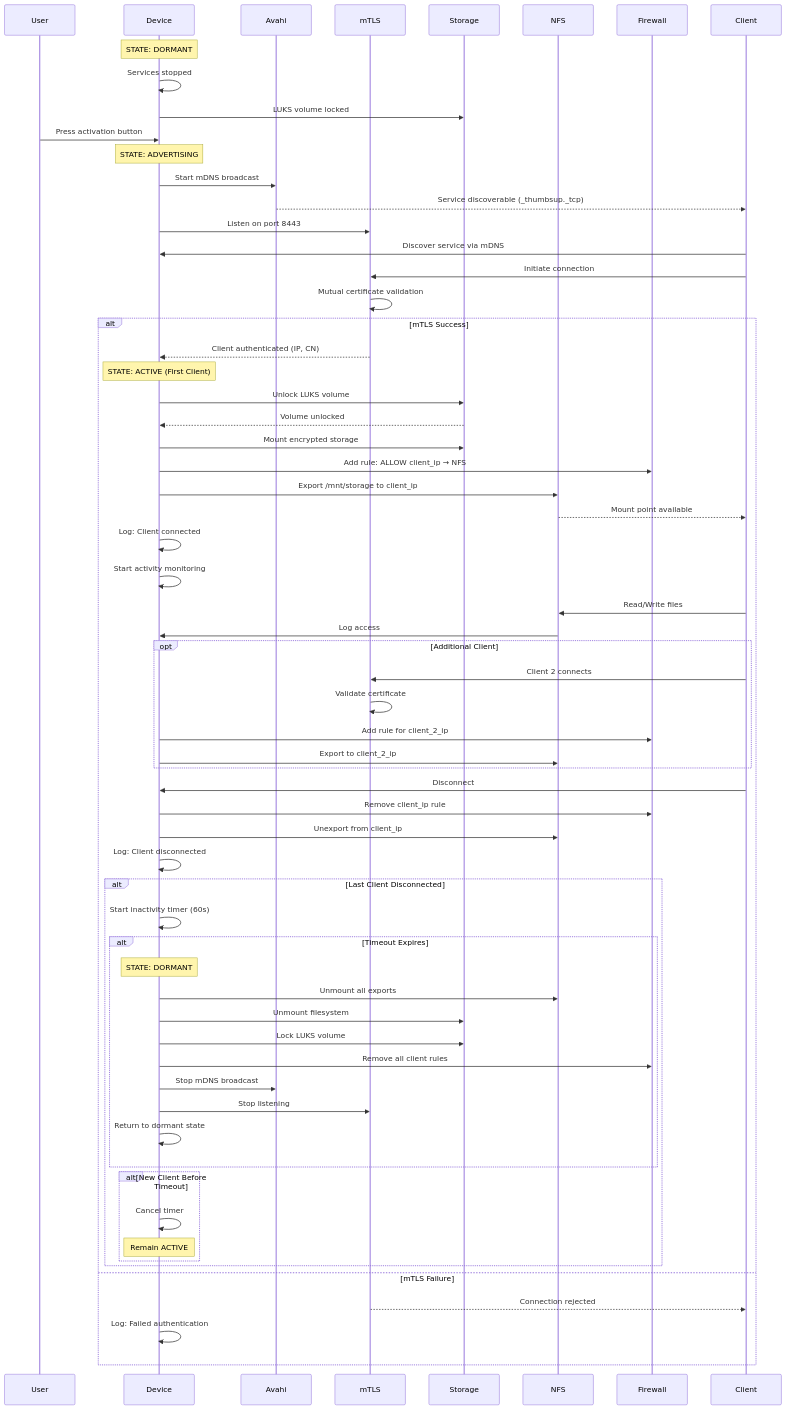
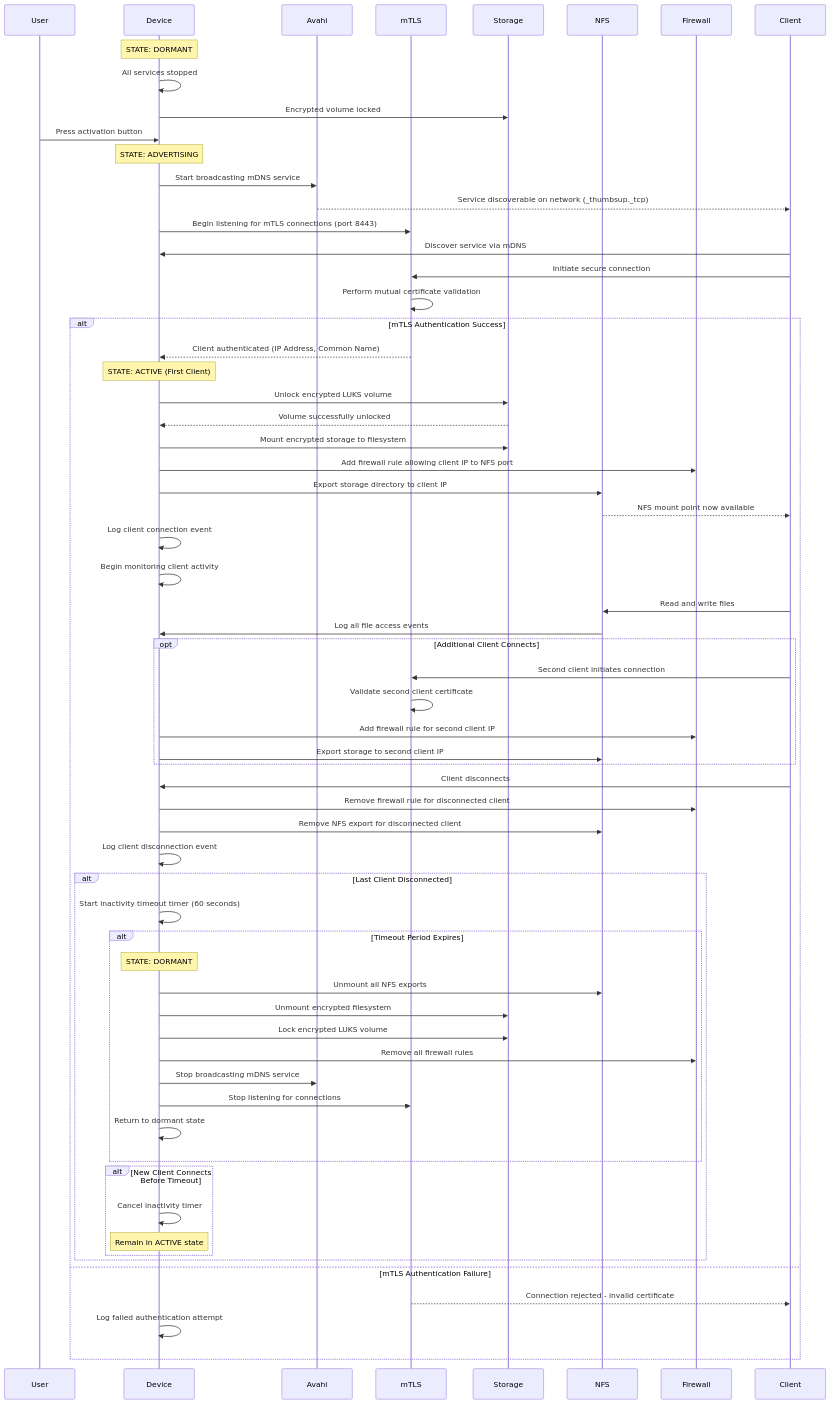
Before and after one commit to andreas-04/thumbs-up: the diagram in docs/diagrams/sequenceDiagram.mmd, drawn with Mermaid. The commit also changed 4 other files, not shown here.

Commit message:
updated diagrams

```diff
--- a/docs/diagrams/sequenceDiagram.mmd
+++ b/docs/diagrams/sequenceDiagram.mmd
@@ -1,79 +1,79 @@
 sequenceDiagram
     participant User
     participant Device
     participant Avahi
     participant mTLS
     participant Storage
     participant NFS
     participant Firewall
     participant Client
     
     Note over Device: STATE: DORMANT
-    Device->>Device: Services stopped
-    Device->>Storage: LUKS volume locked
+    Device->>Device: All services stopped
+    Device->>Storage: Encrypted volume locked
     
     User->>Device: Press activation button
     
     Note over Device: STATE: ADVERTISING
-    Device->>Avahi: Start mDNS broadcast
-    Avahi-->>Client: Service discoverable (_thumbsup._tcp)
-    Device->>mTLS: Listen on port 8443
+    Device->>Avahi: Start broadcasting mDNS service
+    Avahi-->>Client: Service discoverable on network (_thumbsup._tcp)
+    Device->>mTLS: Begin listening for mTLS connections (port 8443)
     
     Client->>Device: Discover service via mDNS
-    Client->>mTLS: Initiate connection
+    Client->>mTLS: Initiate secure connection
     
-    mTLS->>mTLS: Mutual certificate validation
-    alt mTLS Success
-        mTLS-->>Device: Client authenticated (IP, CN)
+    mTLS->>mTLS: Perform mutual certificate validation
+    alt mTLS Authentication Success
+        mTLS-->>Device: Client authenticated (IP Address, Common Name)
         
         Note over Device: STATE: ACTIVE (First Client)
-        Device->>Storage: Unlock LUKS volume
-        Storage-->>Device: Volume unlocked
-        Device->>Storage: Mount encrypted storage
+        Device->>Storage: Unlock encrypted LUKS volume
+        Storage-->>Device: Volume successfully unlocked
+        Device->>Storage: Mount encrypted storage to filesystem
         
-        Device->>Firewall: Add rule: ALLOW client_ip → NFS
-        Device->>NFS: Export /mnt/storage to client_ip
-        NFS-->>Client: Mount point available
+        Device->>Firewall: Add firewall rule allowing client IP to NFS port
+        Device->>NFS: Export storage directory to client IP
+        NFS-->>Client: NFS mount point now available
         
-        Device->>Device: Log: Client connected
-        Device->>Device: Start activity monitoring
+        Device->>Device: Log client connection event
+        Device->>Device: Begin monitoring client activity
         
-        Client->>NFS: Read/Write files
-        NFS->>Device: Log access
+        Client->>NFS: Read and write files
+        NFS->>Device: Log all file access events
         
-        opt Additional Client
-            Client->>mTLS: Client 2 connects
-            mTLS->>mTLS: Validate certificate
-            Device->>Firewall: Add rule for client_2_ip
-            Device->>NFS: Export to client_2_ip
+        opt Additional Client Connects
+            Client->>mTLS: Second client initiates connection
+            mTLS->>mTLS: Validate second client certificate
+            Device->>Firewall: Add firewall rule for second client IP
+            Device->>NFS: Export storage to second client IP
         end
         
-        Client->>Device: Disconnect
-        Device->>Firewall: Remove client_ip rule
-        Device->>NFS: Unexport from client_ip
-        Device->>Device: Log: Client disconnected
+        Client->>Device: Client disconnects
+        Device->>Firewall: Remove firewall rule for disconnected client
+        Device->>NFS: Remove NFS export for disconnected client
+        Device->>Device: Log client disconnection event
         
         alt Last Client Disconnected
-            Device->>Device: Start inactivity timer (60s)
+            Device->>Device: Start inactivity timeout timer (60 seconds)
             
-            alt Timeout Expires
+            alt Timeout Period Expires
                 Note over Device: STATE: DORMANT
-                Device->>NFS: Unmount all exports
-                Device->>Storage: Unmount filesystem
-                Device->>Storage: Lock LUKS volume
-                Device->>Firewall: Remove all client rules
-                Device->>Avahi: Stop mDNS broadcast
-                Device->>mTLS: Stop listening
+                Device->>NFS: Unmount all NFS exports
+                Device->>Storage: Unmount encrypted filesystem
+                Device->>Storage: Lock encrypted LUKS volume
+                Device->>Firewall: Remove all firewall rules
+                Device->>Avahi: Stop broadcasting mDNS service
+                Device->>mTLS: Stop listening for connections
                 Device->>Device: Return to dormant state
             end
             
-            alt New Client Before Timeout
-                Device->>Device: Cancel timer
-                Note over Device: Remain ACTIVE
+            alt New Client Connects Before Timeout
+                Device->>Device: Cancel inactivity timer
+                Note over Device: Remain in ACTIVE state
             end
         end
         
-    else mTLS Failure
-        mTLS-->>Client: Connection rejected
-        Device->>Device: Log: Failed authentication
+    else mTLS Authentication Failure
+        mTLS-->>Client: Connection rejected - invalid certificate
+        Device->>Device: Log failed authentication attempt
     end
```
